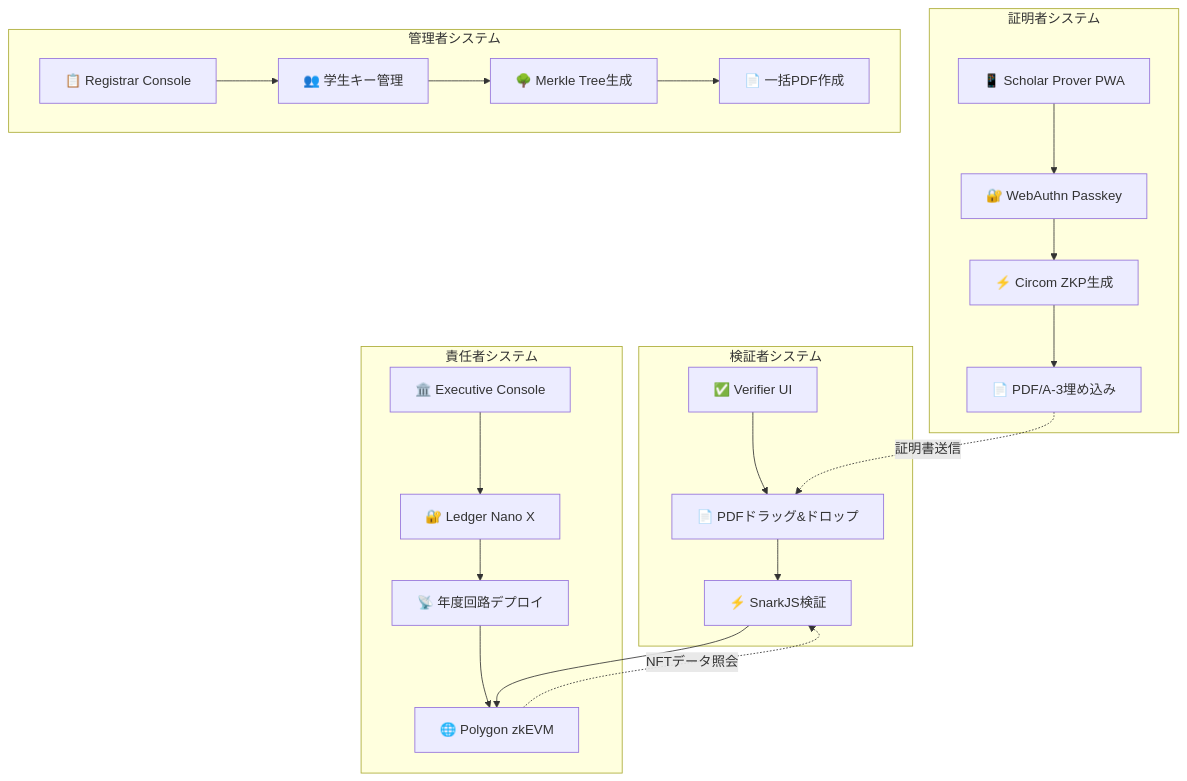
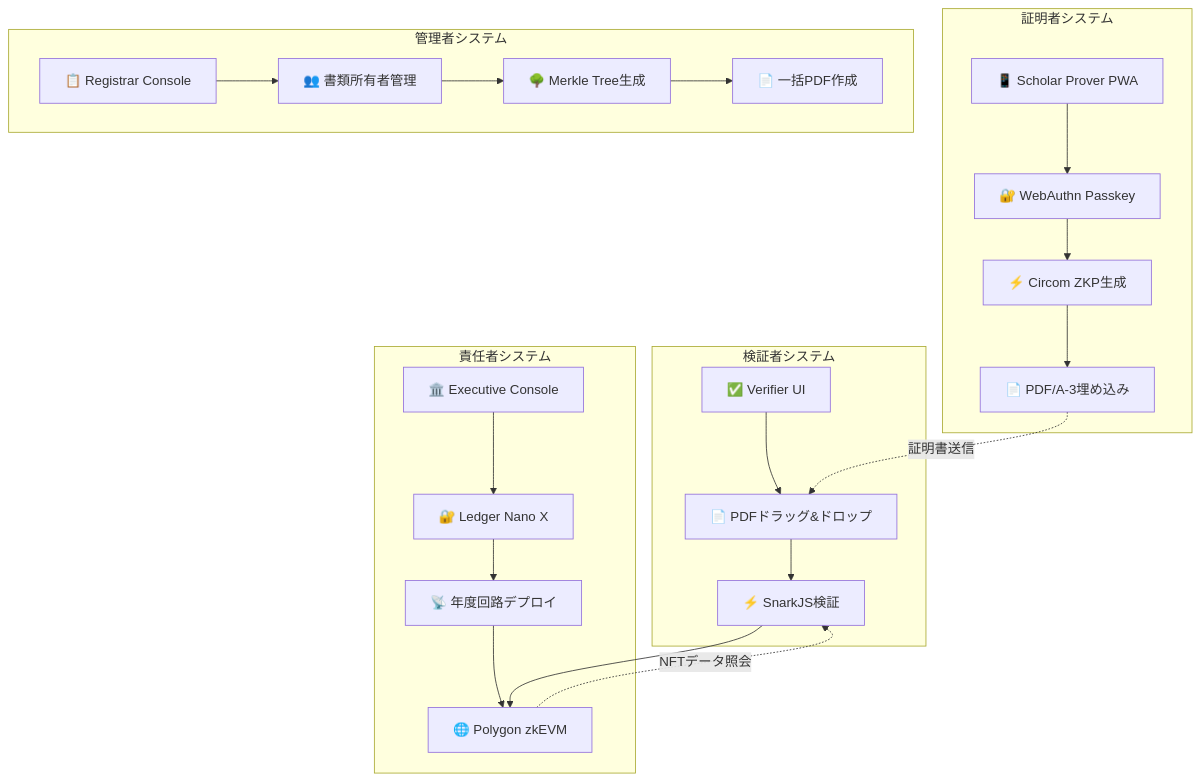
The first of 2 diagrams in README.md (Blank-Vulture/Tri-CertFramework), drawn with Mermaid before and after one commit. The commit also changed other lines of this file and 14 other files, not shown here.

````diff
--- a/README.md
+++ b/README.md
@@ -114,29 +114,29 @@
 ```mermaid
 graph TD
     subgraph "証明者システム"
         A[📱 Scholar Prover PWA] --> B[🔐 WebAuthn Passkey]
         B --> C[⚡ Circom ZKP生成]
         C --> D[📄 PDF/A-3埋め込み]
     end
     
     subgraph "責任者システム"
         E[🏛️ Executive Console] --> F[🔐 Ledger Nano X]
         F --> G[📡 年度回路デプロイ]
         G --> H[🌐 Polygon zkEVM]
     end
     
     subgraph "管理者システム"
-        I[📋 Registrar Console] --> J[👥 学生キー管理]
+        I[📋 Registrar Console] --> J[👥 書類所有者管理]
         J --> K[🌳 Merkle Tree生成]
         K --> L[📄 一括PDF作成]
     end
     
     subgraph "検証者システム"
         M[✅ Verifier UI] --> N[📄 PDFドラッグ&ドロップ]
         N --> O[⚡ SnarkJS検証]
         O --> H
     end
     
     D -.->|証明書送信| N
     H -.->|NFTデータ照会| O
 ```
````
